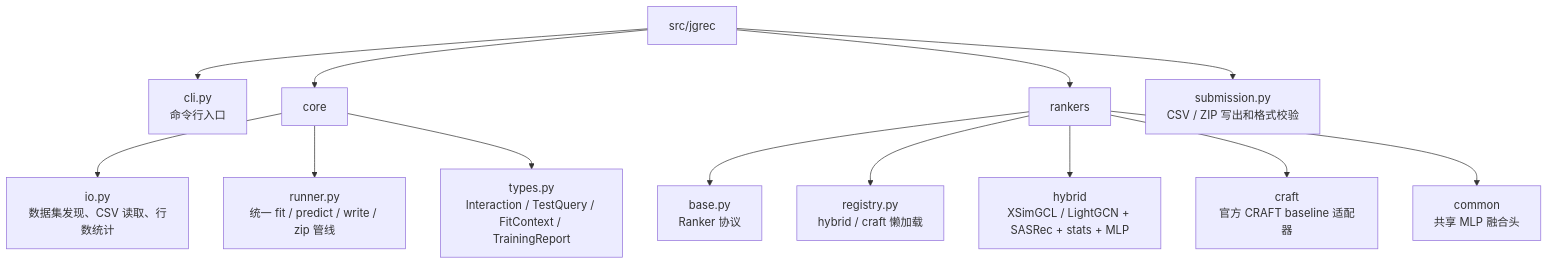
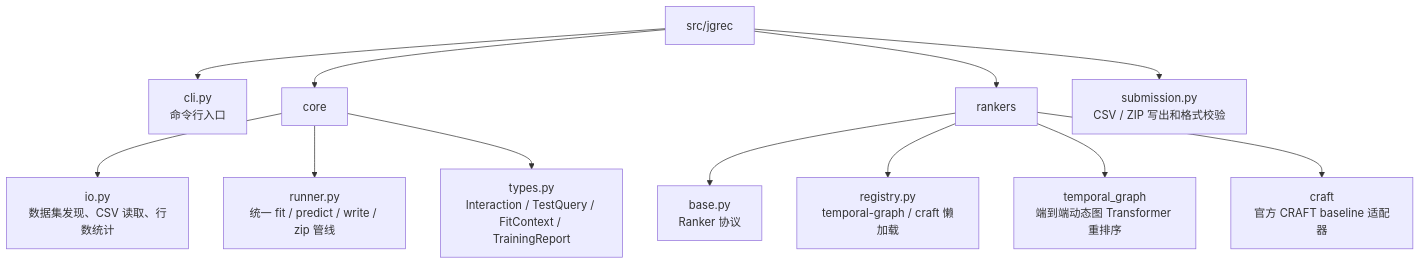
The first of 2 diagrams in docs/system/architecture.md (Puiching-Memory/jittor-GPNUT1-JGRec), drawn with Mermaid before and after one commit. The commit also changed other lines of this file and 26 other files, not shown here.

First line of the commit message:
重构：将 Hybrid 排序器替换为 TemporalGraph 排序器

````diff
--- a/docs/system/architecture.md
+++ b/docs/system/architecture.md
@@ -5,15 +5,14 @@
 ```mermaid
 flowchart TB
     A["src/jgrec"] --> B["cli.py<br/>命令行入口"]
     A --> C["core"]
     C --> C1["io.py<br/>数据集发现、CSV 读取、行数统计"]
     C --> C2["runner.py<br/>统一 fit / predict / write / zip 管线"]
     C --> C3["types.py<br/>Interaction / TestQuery / FitContext / TrainingReport"]
     A --> D["rankers"]
     D --> D1["base.py<br/>Ranker 协议"]
-    D --> D2["registry.py<br/>hybrid / craft 懒加载"]
-    D --> D3["hybrid<br/>XSimGCL / LightGCN + SASRec + stats + MLP"]
+    D --> D2["registry.py<br/>temporal-graph / craft 懒加载"]
+    D --> D3["temporal_graph<br/>端到端动态图 Transformer 重排序"]
     D --> D4["craft<br/>官方 CRAFT baseline 适配器"]
-    D --> D6["common<br/>共享 MLP 融合头"]
     A --> E["submission.py<br/>CSV / ZIP 写出和格式校验"]
 ```
````
